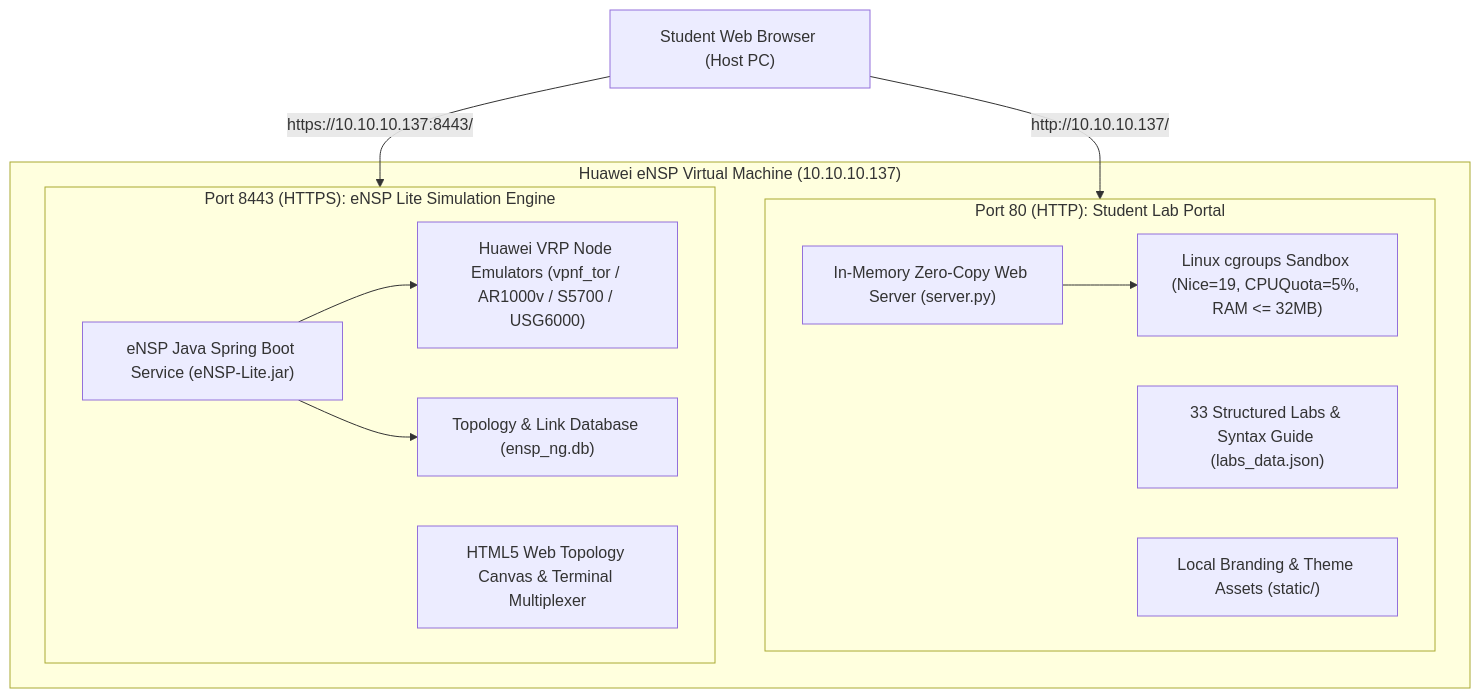
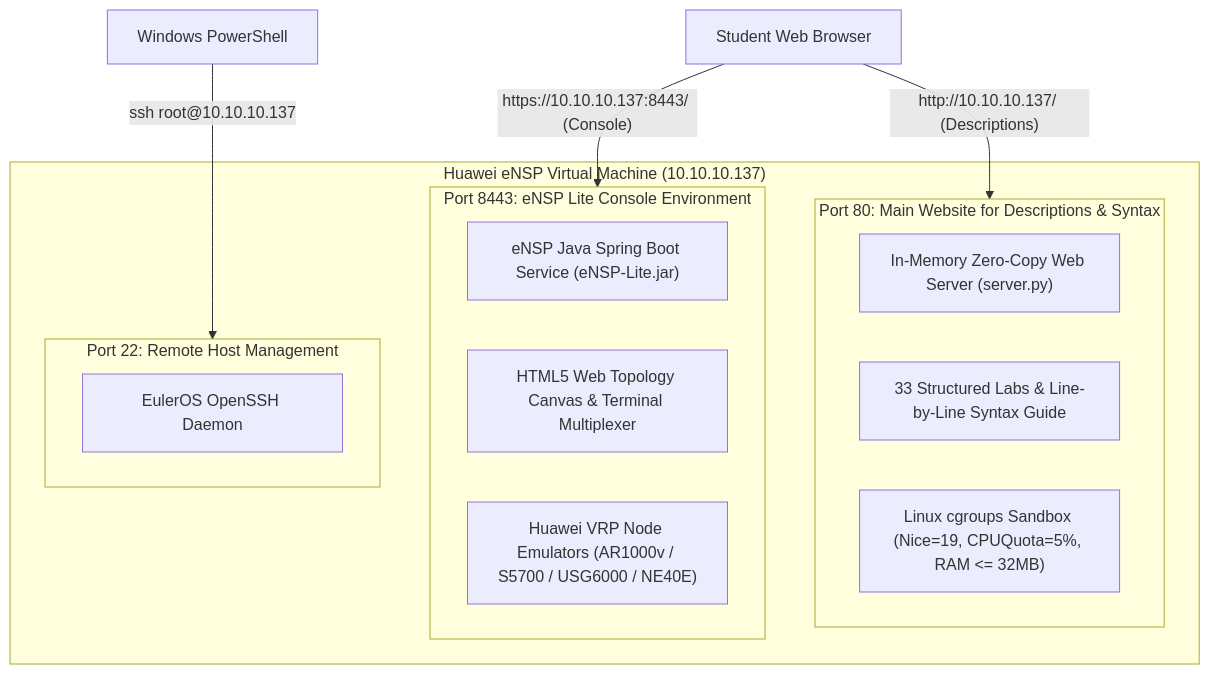
The first of 2 diagrams in STUDENT_AND_ADMIN_GUIDE.md (RaniloJohn/Huawei-ENSP-COESS), drawn with Mermaid before and after one commit. The commit also changed other lines of this file and 1 other file, not shown here.

Commit message:
docs: clarify port allocation (80 descriptions, 8443 console) and add PowerShell SSH guide

````diff
--- a/STUDENT_AND_ADMIN_GUIDE.md
+++ b/STUDENT_AND_ADMIN_GUIDE.md
@@ -14,24 +20,24 @@
 ```mermaid
 graph TD
     subgraph VM_Environment ["Huawei eNSP Virtual Machine (10.10.10.137)"]
-        subgraph Port_80 ["Port 80 (HTTP): Student Lab Portal"]
+        subgraph Port_80 ["Port 80: Main Website for Descriptions & Syntax"]
             PortalServer["In-Memory Zero-Copy Web Server (server.py)"]
-            PortalData["33 Structured Labs & Syntax Guide (labs_data.json)"]
-            PortalAssets["Local Branding & Theme Assets (static/)"]
+            PortalData["33 Structured Labs & Line-by-Line Syntax Guide"]
             Cgroups["Linux cgroups Sandbox (Nice=19, CPUQuota=5%, RAM <= 32MB)"]
         end
 
-        subgraph Port_8443 ["Port 8443 (HTTPS): eNSP Lite Simulation Engine"]
+        subgraph Port_8443 ["Port 8443: eNSP Lite Console Environment"]
             SpringEngine["eNSP Java Spring Boot Service (eNSP-Lite.jar)"]
             TopoCanvas["HTML5 Web Topology Canvas & Terminal Multiplexer"]
-            VRPNodes["Huawei VRP Node Emulators (vpnf_tor / AR1000v / S5700 / USG6000)"]
-            SQLiteDB["Topology & Link Database (ensp_ng.db)"]
+            VRPNodes["Huawei VRP Node Emulators (AR1000v / S5700 / USG6000 / NE40E)"]
+        end
+
+        subgraph Port_22 ["Port 22: Remote Host Management"]
+            OpenSSH["EulerOS OpenSSH Daemon"]
         end
     end
 
-    StudentBrowser["Student Web Browser (Host PC)"] -->|"http://10.10.10.137/"| Port_80
-    StudentBrowser -->|"https://10.10.10.137:8443/"| Port_8443
-    PortalServer --> Cgroups
-    SpringEngine --> VRPNodes
-    SpringEngine --> SQLiteDB
+    StudentBrowser["Student Web Browser"] -->|"http://10.10.10.137/ (Descriptions)"| Port_80
+    StudentBrowser -->|"https://10.10.10.137:8443/ (Console)"| Port_8443
+    PowerShellClient["Windows PowerShell"] -->|"ssh root@10.10.10.137"| Port_22
 ```
````
